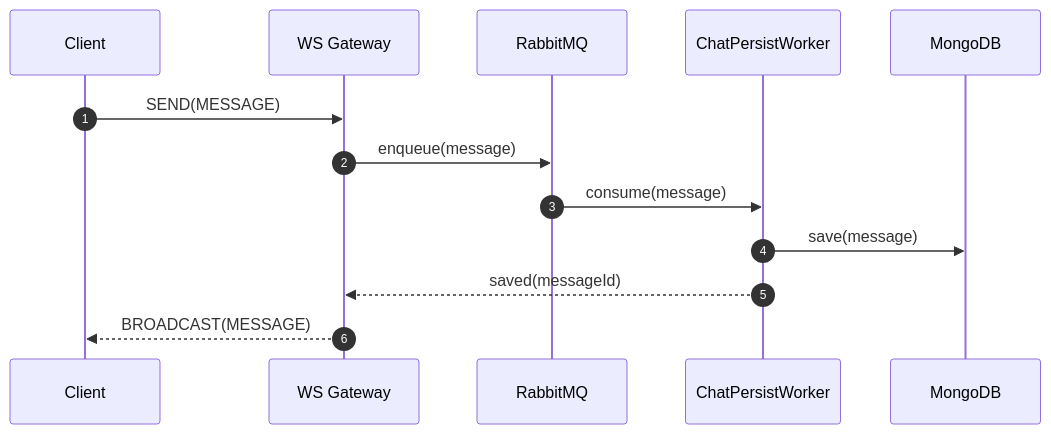
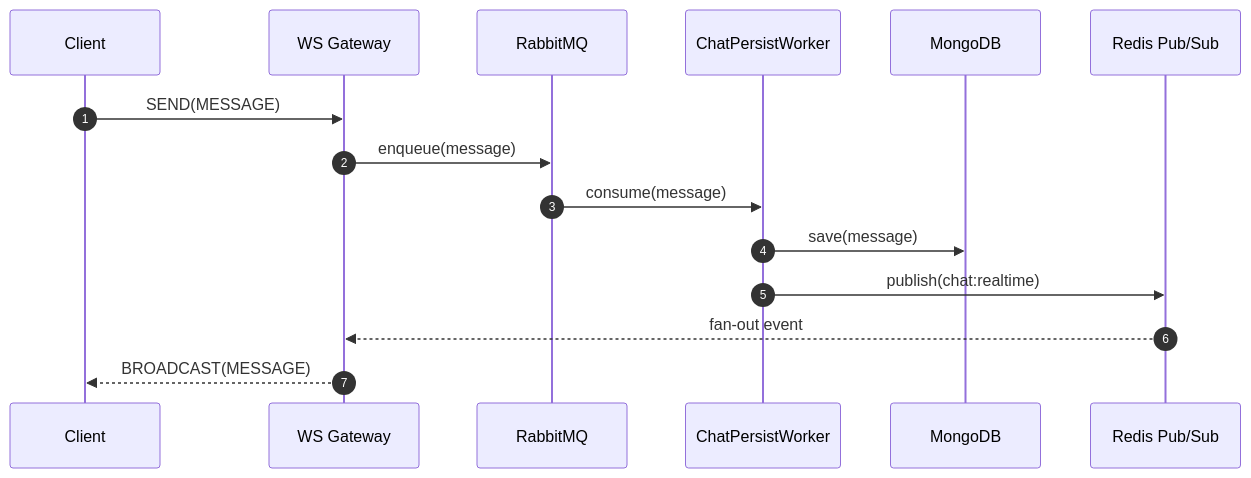
One commit to 100-hours-a-week/16-team-katopia-be changed the seventh of 8 diagrams in docs/domain-tech-spec/ASYNC_TECH_SPEC.md. Above: the diagram before and after it, drawn with Mermaid. The commit also changed other lines of this file, not shown here.

````diff
--- a/docs/domain-tech-spec/ASYNC_TECH_SPEC.md
+++ b/docs/domain-tech-spec/ASYNC_TECH_SPEC.md
@@ -305,16 +366,18 @@
 ```mermaid
 sequenceDiagram
   autonumber
   participant Client as Client
   participant WS as WS Gateway
   participant MQ as RabbitMQ
   participant W as ChatPersistWorker
   participant DB as MongoDB
+  participant Redis as Redis Pub/Sub
 
   Client->>WS: SEND(MESSAGE)
   WS->>MQ: enqueue(message)
   MQ->>W: consume(message)
   W->>DB: save(message)
-  W-->>WS: saved(messageId)
+  W->>Redis: publish(chat:realtime)
+  Redis-->>WS: fan-out event
   WS-->>Client: BROADCAST(MESSAGE)
 ```
````
